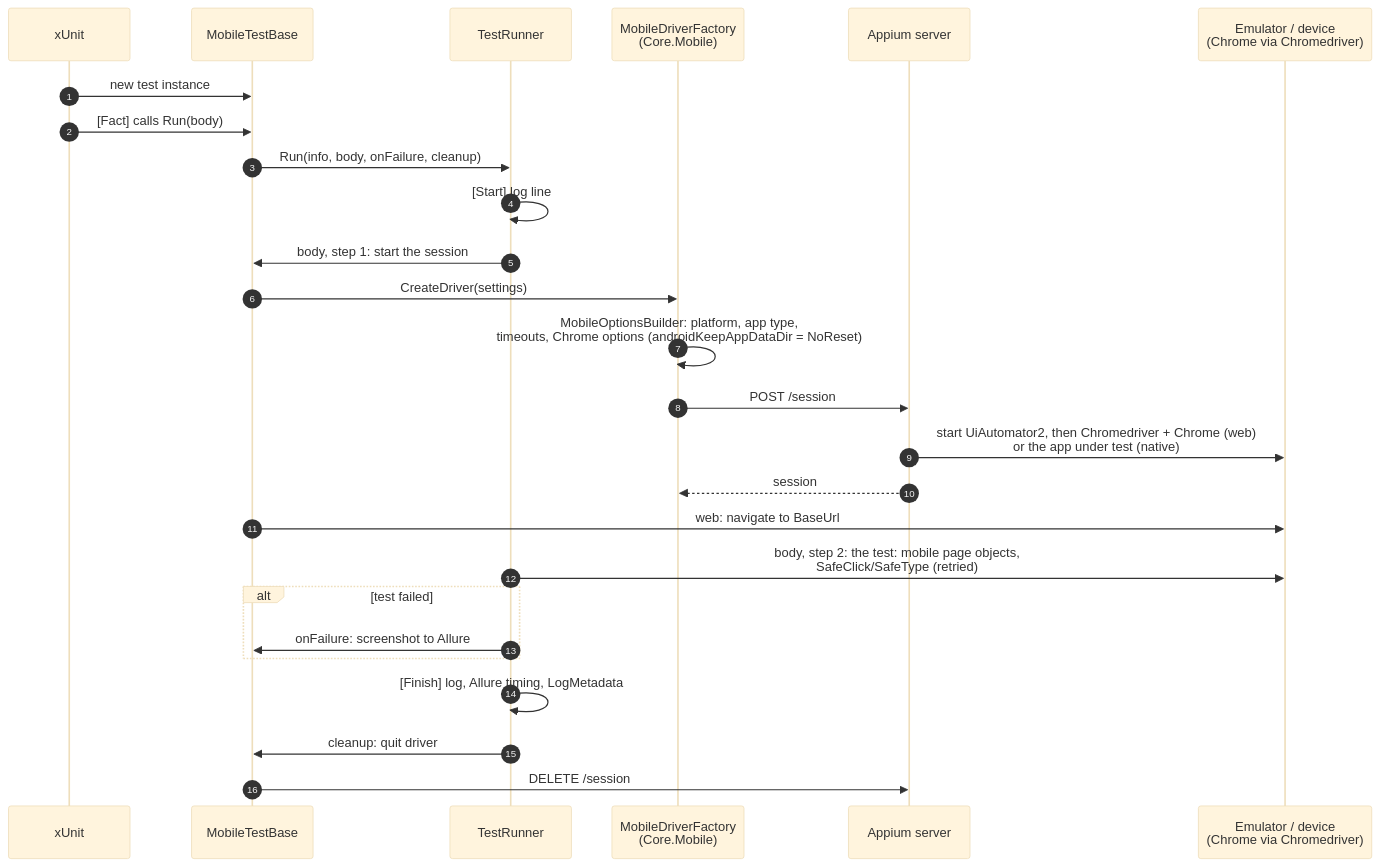
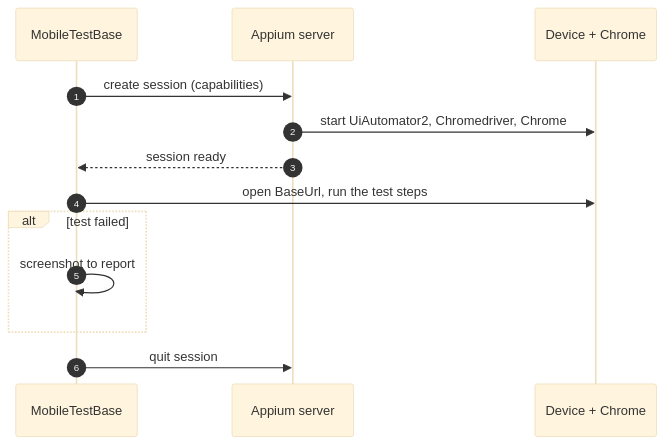
Before and after one commit to ravs788/complete-test-automation-fmw: the fourth of 6 diagrams in docs/DIAGRAMS.md, drawn with Mermaid (base theme). The commit also changed other lines of this file and 1 other file, not shown here.

First line of the commit message:
docs: simplify the Mermaid diagrams for readability

````diff
--- a/docs/DIAGRAMS.md
+++ b/docs/DIAGRAMS.md
@@ -159,29 +123,16 @@
 ```mermaid
 sequenceDiagram
     autonumber
-    participant X as xUnit
-    participant MB as MobileTestBase
-    participant R as TestRunner
-    participant DF as MobileDriverFactory<br/>(Core.Mobile)
+    participant B as MobileTestBase
     participant AP as Appium server
-    participant DEV as Emulator / device<br/>(Chrome via Chromedriver)
+    participant DEV as Device + Chrome
 
-    X->>MB: new test instance
-    X->>MB: [Fact] calls Run(body)
-    MB->>R: Run(info, body, onFailure, cleanup)
-    R->>R: [Start] log line
-    R->>MB: body, step 1: start the session
-    MB->>DF: CreateDriver(settings)
-    DF->>DF: MobileOptionsBuilder: platform, app type,<br/>timeouts, Chrome options (androidKeepAppDataDir = NoReset)
-    DF->>AP: POST /session
-    AP->>DEV: start UiAutomator2, then Chromedriver + Chrome (web)<br/>or the app under test (native)
-    AP-->>DF: session
-    MB->>DEV: web: navigate to BaseUrl
-    R->>DEV: body, step 2: the test: mobile page objects,<br/>SafeClick/SafeType (retried)
+    B->>AP: create session (capabilities)
+    AP->>DEV: start UiAutomator2, Chromedriver, Chrome
+    AP-->>B: session ready
+    B->>DEV: open BaseUrl, run the test steps
     alt test failed
-        R->>MB: onFailure: screenshot to Allure
+        B->>B: screenshot to report
     end
-    R->>R: [Finish] log, Allure timing, LogMetadata
-    R->>MB: cleanup: quit driver
-    MB->>AP: DELETE /session
+    B->>AP: quit session
 ```
````
